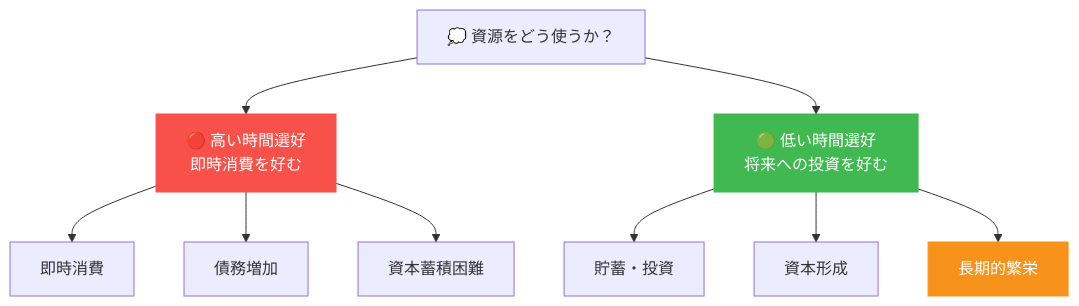
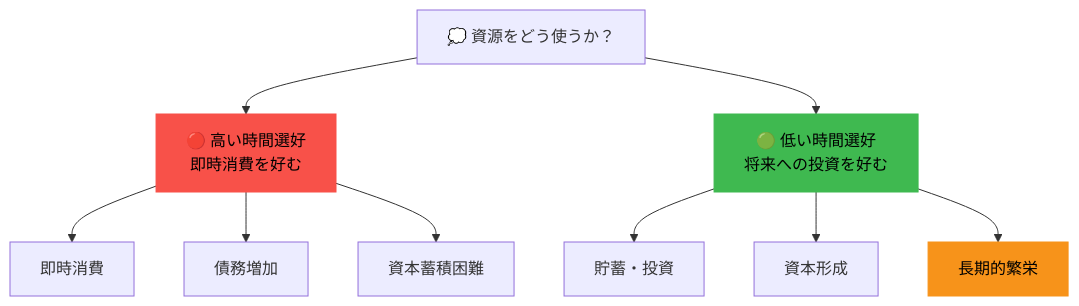
One commit to bc1qwerty/learn.txid.uk changed the diagram in content/ja/ideas/time-preference.md. Above: the diagram before and after it, drawn with Mermaid. The commit also changed 50 other files, not shown here.

First line of the commit message:
Mermaid 다이어그램 텍스트 대비 개선: color:#fff → color:#000

```diff
--- a/content/ja/ideas/time-preference.md
+++ b/content/ja/ideas/time-preference.md
@@ -18,15 +18,15 @@
 {{< mermaid >}}
 graph TD
     Q["💭 資源をどう使うか？"]
     Q --> HIGH["🔴 高い時間選好<br/>即時消費を好む"]
     Q --> LOW["🟢 低い時間選好<br/>将来への投資を好む"]
     HIGH --> H1["即時消費"]
     HIGH --> H2["債務増加"]
     HIGH --> H3["資本蓄積困難"]
     LOW --> L1["貯蓄・投資"]
     LOW --> L2["資本形成"]
     LOW --> L3["長期的繁栄"]
-    style HIGH fill:#f85149,stroke:#f85149,color:#fff
-    style LOW fill:#3fb950,stroke:#3fb950,color:#fff
-    style L3 fill:#f7931a,stroke:#f7931a,color:#fff
+    style HIGH fill:#f85149,stroke:#f85149,color:#000
+    style LOW fill:#3fb950,stroke:#3fb950,color:#000
+    style L3 fill:#f7931a,stroke:#f7931a,color:#000
 {{< /mermaid >}}
```
